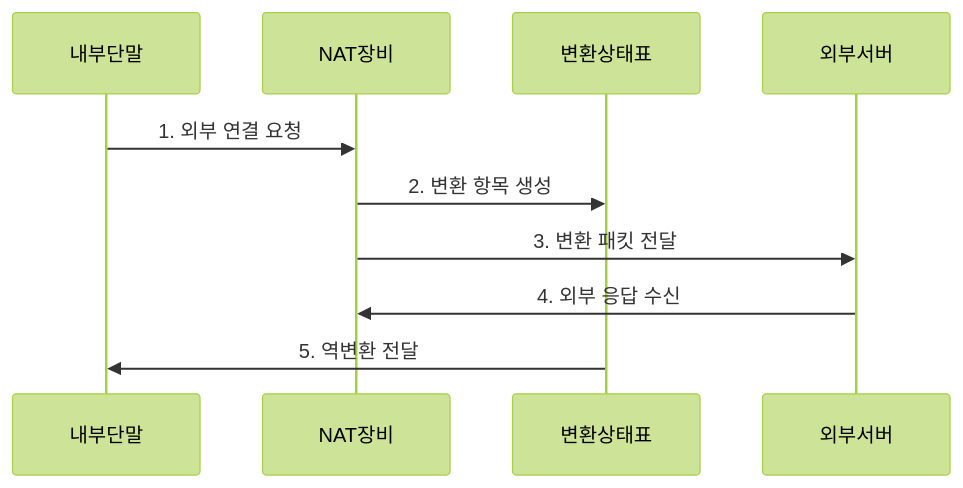
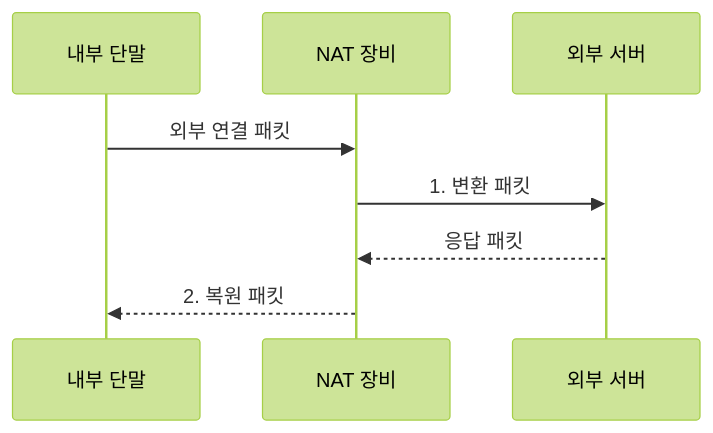
The second of 2 diagrams in src/content/docs/notes/04-network/009_nat_pat_network_address_translation.md (agnusdei1207/knowledge-base), drawn with Mermaid (forest theme) before and after one commit. The commit also changed other lines of this file and 20 other files, not shown here.

````diff
--- a/src/content/docs/notes/04-network/009_nat_pat_network_address_translation.md
+++ b/src/content/docs/notes/04-network/009_nat_pat_network_address_translation.md
@@ -85,12 +89,10 @@
 ```mermaid
 sequenceDiagram
-    participant 내부단말
-    participant NAT장비
-    participant 변환상태표
-    participant 외부서버
-    내부단말->>NAT장비: 1. 외부 연결 요청
-    NAT장비->>변환상태표: 2. 변환 항목 생성
-    NAT장비->>외부서버: 3. 변환 패킷 전달
-    외부서버->>NAT장비: 4. 외부 응답 수신
-    변환상태표->>내부단말: 5. 역변환 전달
+    participant I as 내부 단말
+    participant N as NAT 장비
+    participant E as 외부 서버
+    I->>N: 외부 연결 패킷
+    N->>E: 1. 변환 패킷
+    E-->>N: 응답 패킷
+    N-->>I: 2. 복원 패킷
 ```
````
